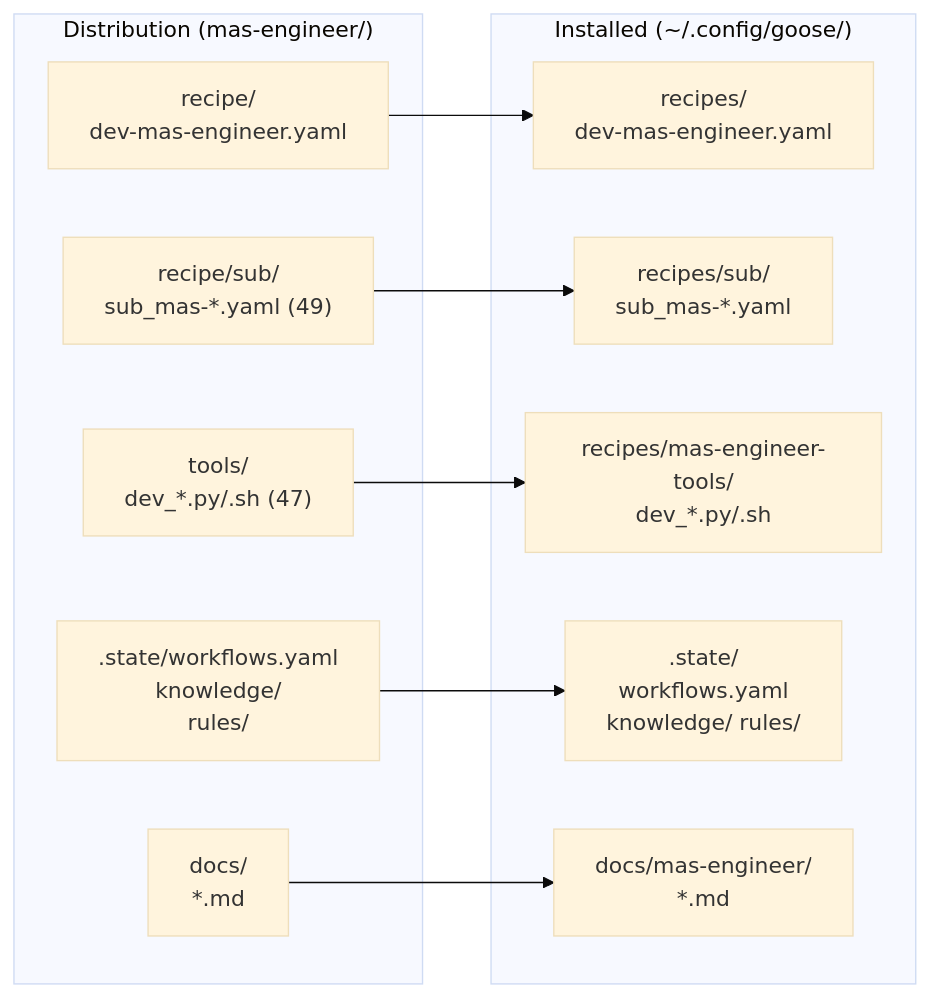
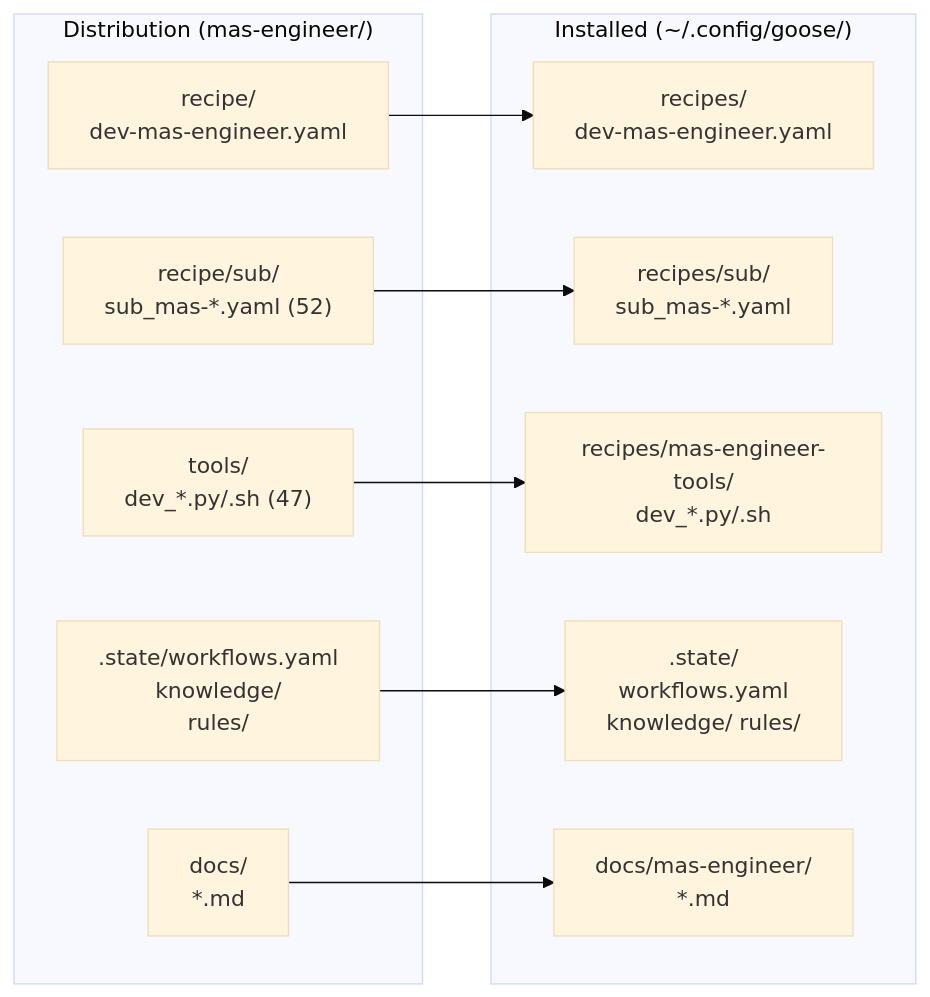
The second of 2 diagrams in docs/installation.md (mczardybon/mas-engineer), drawn with Mermaid (base theme) before and after one commit. The commit also changed other lines of this file and 33 other files, not shown here.

````diff
--- a/docs/installation.md
+++ b/docs/installation.md
@@ -50,23 +50,23 @@
 ```mermaid
 flowchart LR
     subgraph SOURCE["Distribution (mas-engineer/)"]
         S1["recipe/\ndev-mas-engineer.yaml"]
-        S2["recipe/sub/\nsub_mas-*.yaml (49)"]
+        S2["recipe/sub/\nsub_mas-*.yaml (52)"]
         S3["tools/\ndev_*.py/.sh (47)"]
         S4[".state/workflows.yaml\nknowledge/\n rules/"]
         S5["docs/\n*.md"]
     end
     subgraph DEST["Installed (~/.config/goose/)"]
         D1["recipes/\ndev-mas-engineer.yaml"]
         D2["recipes/sub/\nsub_mas-*.yaml"]
         D3["recipes/mas-engineer-tools/\ndev_*.py/.sh"]
         D4[".state/\nworkflows.yaml\nknowledge/ rules/"]
         D5["docs/mas-engineer/\n*.md"]
     end
 
     S1 --> D1
     S2 --> D2
     S3 --> D3
     S4 --> D4
     S5 --> D5
 ```
````
